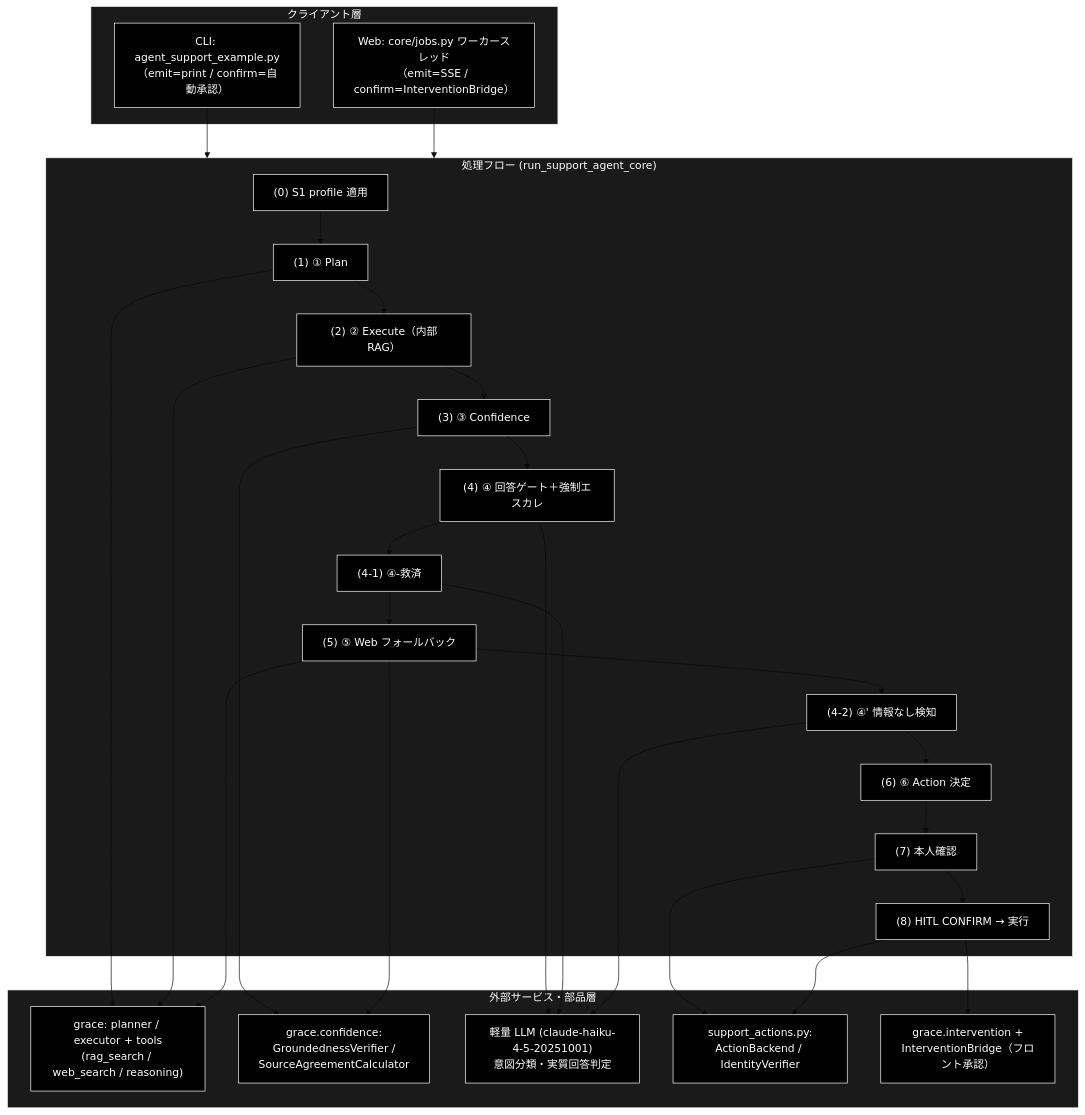
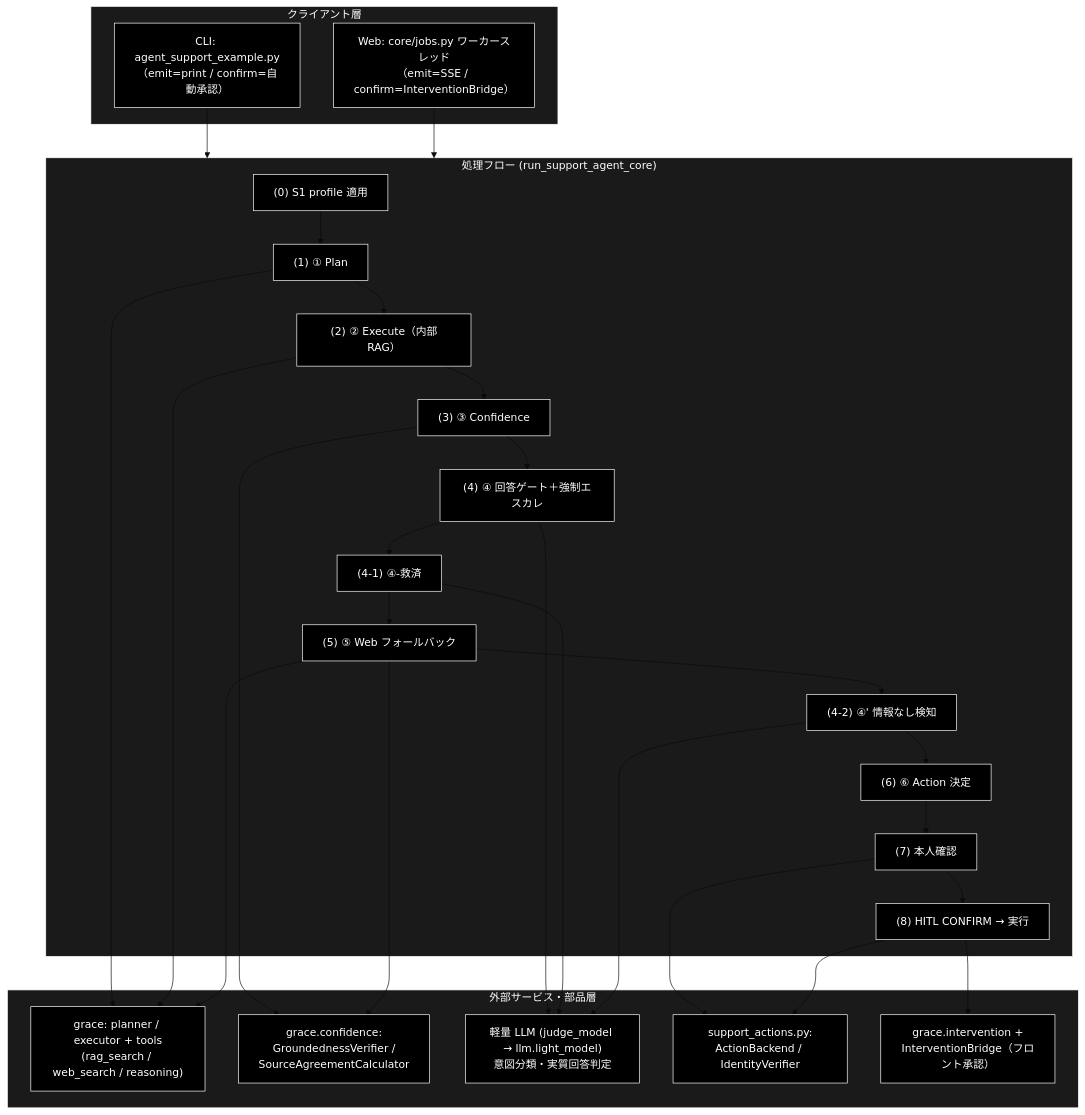
The first of 3 diagrams in backend/docs/backend_flow.md (nakashima2toshio/grace_v2_local), drawn with Mermaid (base theme) before and after one commit. The commit also changed other lines of this file and 7 other files, not shown here.

````diff
--- a/backend/docs/backend_flow.md
+++ b/backend/docs/backend_flow.md
@@ -81,50 +81,50 @@
 ```mermaid
 flowchart TB
     subgraph CLIENT["クライアント層"]
         CLI["CLI: agent_support_example.py<br>（emit=print / confirm=自動承認）"]
         WEB["Web: core/jobs.py ワーカースレッド<br>（emit=SSE / confirm=InterventionBridge）"]
     end
 
     subgraph FLOW["処理フロー (run_support_agent_core)"]
         S0["(0) S1 profile 適用"]
         S1["(1) ① Plan"]
         S2["(2) ② Execute（内部RAG）"]
         S3["(3) ③ Confidence"]
         S4["(4) ④ 回答ゲート＋強制エスカレ"]
         S41["(4-1) ④-救済"]
         S5["(5) ⑤ Web フォールバック"]
         S42["(4-2) ④' 情報なし検知"]
         S6["(6) ⑥ Action 決定"]
         S7["(7) 本人確認"]
         S8["(8) HITL CONFIRM → 実行"]
     end
 
     subgraph EXTERNAL["外部サービス・部品層"]
         GRACE["grace: planner / executor + tools<br>(rag_search / web_search / reasoning)"]
         CONF["grace.confidence:<br>GroundednessVerifier /<br>SourceAgreementCalculator"]
-        HAIKU["軽量 LLM (claude-haiku-4-5-20251001)<br>意図分類・実質回答判定"]
+        JUDGE["軽量 LLM (judge_model → llm.light_model)<br>意図分類・実質回答判定"]
         ACT["support_actions.py:<br>ActionBackend / IdentityVerifier"]
         HITL["grace.intervention +<br>InterventionBridge（フロント承認）"]
     end
 
     CLI --> FLOW
     WEB --> FLOW
     S0 --> S1 --> S2 --> S3 --> S4 --> S41 --> S5 --> S42 --> S6 --> S7 --> S8
     S1 --> GRACE
     S2 --> GRACE
     S3 --> CONF
-    S4 --> HAIKU
-    S41 --> HAIKU
-    S42 --> HAIKU
+    S4 --> JUDGE
+    S41 --> JUDGE
+    S42 --> JUDGE
     S5 --> GRACE
     S5 --> CONF
     S7 --> ACT
     S8 --> HITL
     S8 --> ACT
 classDef default fill:#000,stroke:#fff,color:#fff
 classDef subgraphStyle fill:#1a1a1a,stroke:#fff,color:#fff
-class CLI,WEB,S0,S1,S2,S3,S4,S41,S5,S42,S6,S7,S8,GRACE,CONF,HAIKU,ACT,HITL default
+class CLI,WEB,S0,S1,S2,S3,S4,S41,S5,S42,S6,S7,S8,GRACE,CONF,JUDGE,ACT,HITL default
 style CLIENT fill:#1a1a1a,stroke:#fff,color:#fff
 style FLOW fill:#1a1a1a,stroke:#fff,color:#fff
 style EXTERNAL fill:#1a1a1a,stroke:#fff,color:#fff
 ```
````
